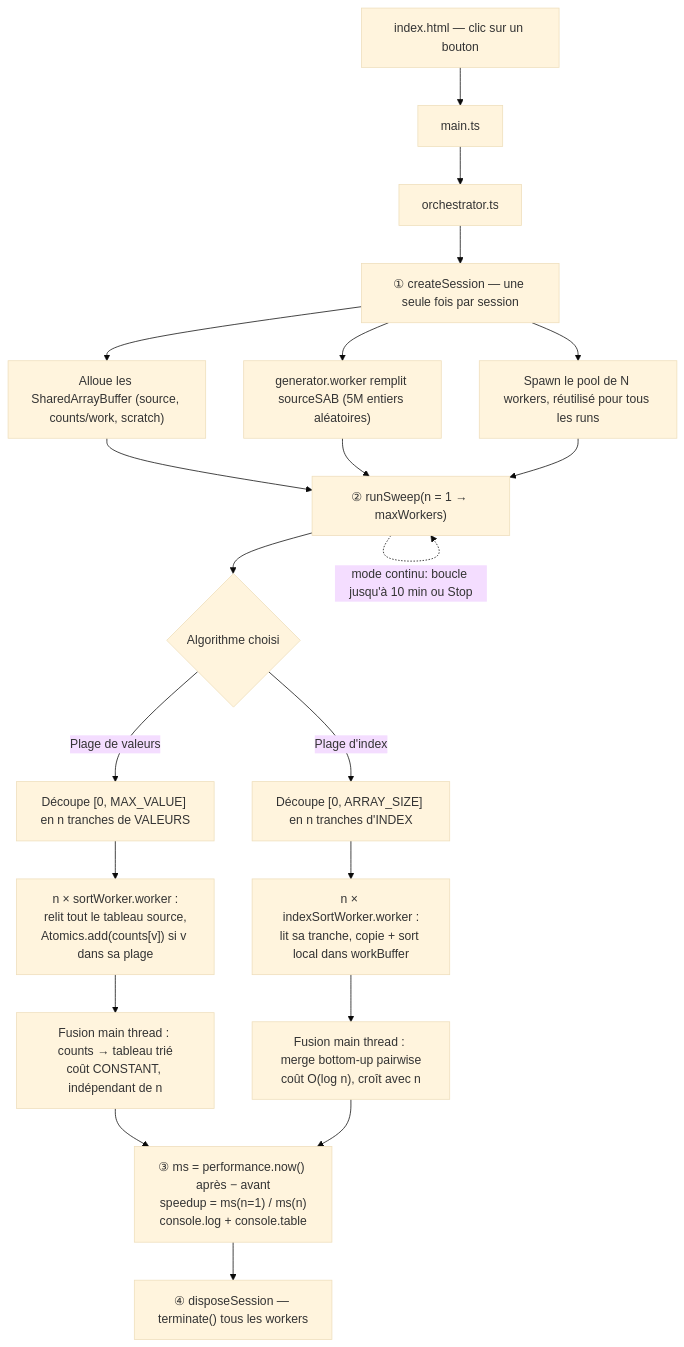
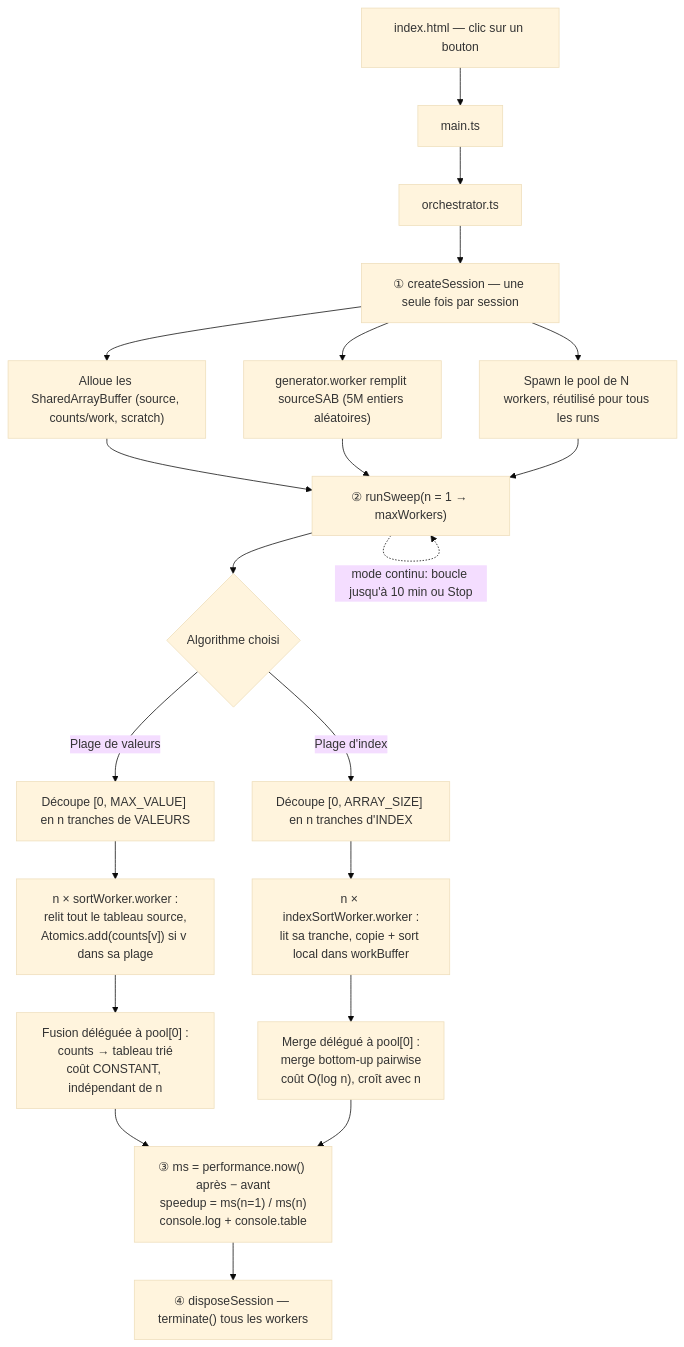
Before and after one commit to GaelDuclocherRougelot/test_workers: the diagram in README.md, drawn with Mermaid (base theme). The commit also changed other lines of this file and 7 other files, not shown here.

````diff
--- a/README.md
+++ b/README.md
@@ -46,30 +46,30 @@
 ```mermaid
 flowchart TD
     A["index.html — clic sur un bouton"] --> B["main.ts"]
     B --> C["orchestrator.ts"]
 
     C --> D1["① createSession — une seule fois par session"]
     D1 --> D2["Alloue les SharedArrayBuffer (source, counts/work, scratch)"]
     D1 --> D3["generator.worker remplit sourceSAB (5M entiers aléatoires)"]
     D1 --> D4["Spawn le pool de N workers, réutilisé pour tous les runs"]
 
     D2 --> E["② runSweep(n = 1 → maxWorkers)"]
     D3 --> E
     D4 --> E
     E -.->|"mode continu: boucle jusqu'à 10 min ou Stop"| E
 
     E --> F{Algorithme choisi}
 
     F -->|Plage de valeurs| G1["Découpe [0, MAX_VALUE] en n tranches de VALEURS"]
     G1 --> G2["n × sortWorker.worker :<br/>relit tout le tableau source,<br/>Atomics.add(counts[v]) si v dans sa plage"]
-    G2 --> G3["Fusion main thread : counts → tableau trié<br/>coût CONSTANT, indépendant de n"]
+    G2 --> G3["Fusion déléguée à pool[0] :<br/>counts → tableau trié<br/>coût CONSTANT, indépendant de n"]
 
     F -->|Plage d'index| H1["Découpe [0, ARRAY_SIZE] en n tranches d'INDEX"]
     H1 --> H2["n × indexSortWorker.worker :<br/>lit sa tranche, copie + sort local dans workBuffer"]
-    H2 --> H3["Fusion main thread : merge bottom-up pairwise<br/>coût O(log n), croît avec n"]
+    H2 --> H3["Merge délégué à pool[0] :<br/>merge bottom-up pairwise<br/>coût O(log n), croît avec n"]
 
     G3 --> I["③ ms = performance.now() après − avant<br/>speedup = ms(n=1) / ms(n)<br/>console.log + console.table"]
     H3 --> I
 
     I --> J["④ disposeSession — terminate() tous les workers"]
 ```
````
